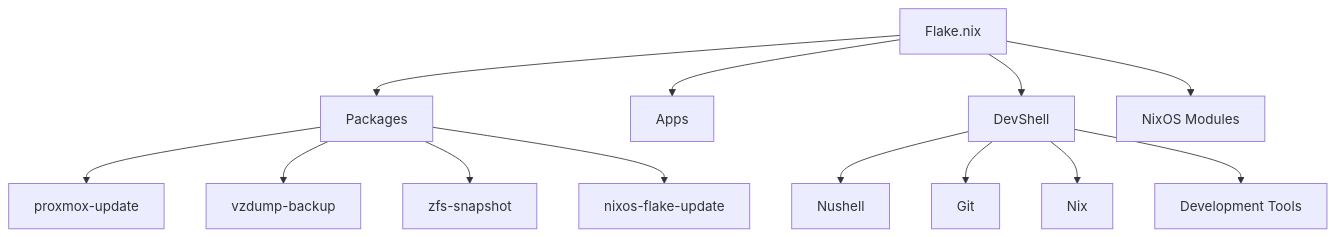
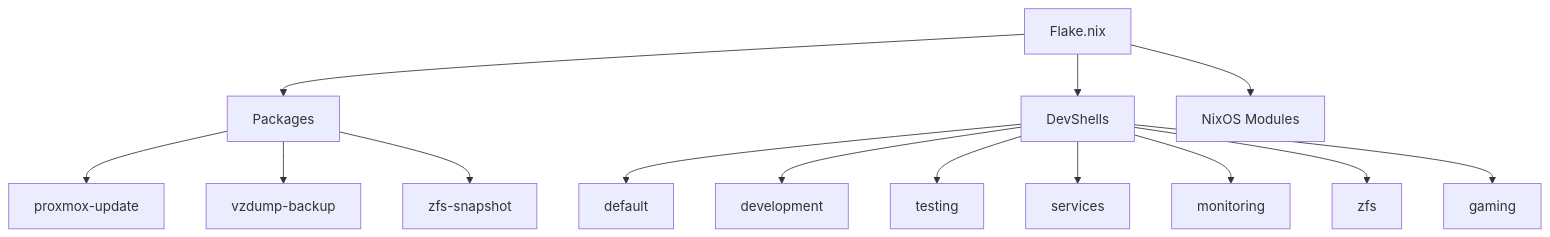
One commit to Hydepwns/nix-mox changed the fourth of 5 diagrams in docs/architecture/ARCHITECTURE.md. Above: the diagram before and after it, drawn with Mermaid. The commit also changed 13 other files, not shown here.

````diff
--- a/docs/architecture/ARCHITECTURE.md
+++ b/docs/architecture/ARCHITECTURE.md
@@ -85,17 +85,18 @@
 ```mermaid
 graph TD
     A[Flake.nix] --> B[Packages]
-    A --> C[Apps]
-    A --> D[DevShell]
-    A --> E[NixOS Modules]
+    A --> C[DevShells]
+    A --> D[NixOS Modules]
     
     B --> B1[proxmox-update]
     B --> B2[vzdump-backup]
     B --> B3[zfs-snapshot]
-    B --> B4[nixos-flake-update]
     
-    D --> D1[Nushell]
-    D --> D2[Git]
-    D --> D3[Nix]
-    D --> D4[Development Tools]
+    C --> C1[default]
+    C --> C2[development]
+    C --> C3[testing]
+    C --> C4[services]
+    C --> C5[monitoring]
+    C --> C6[zfs]
+    C --> C7[gaming]
 ```
````
